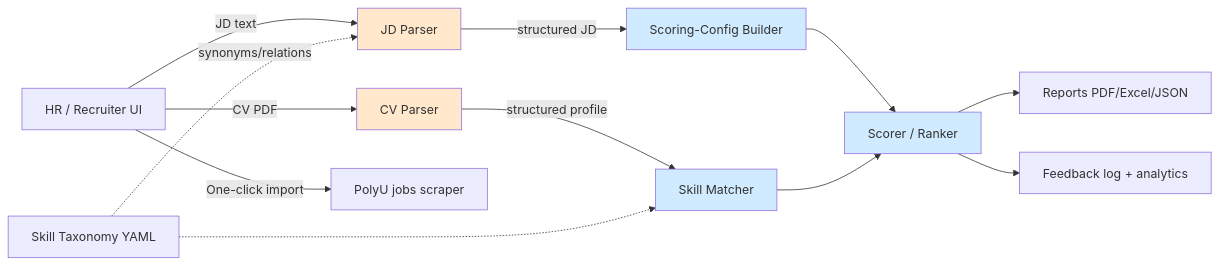
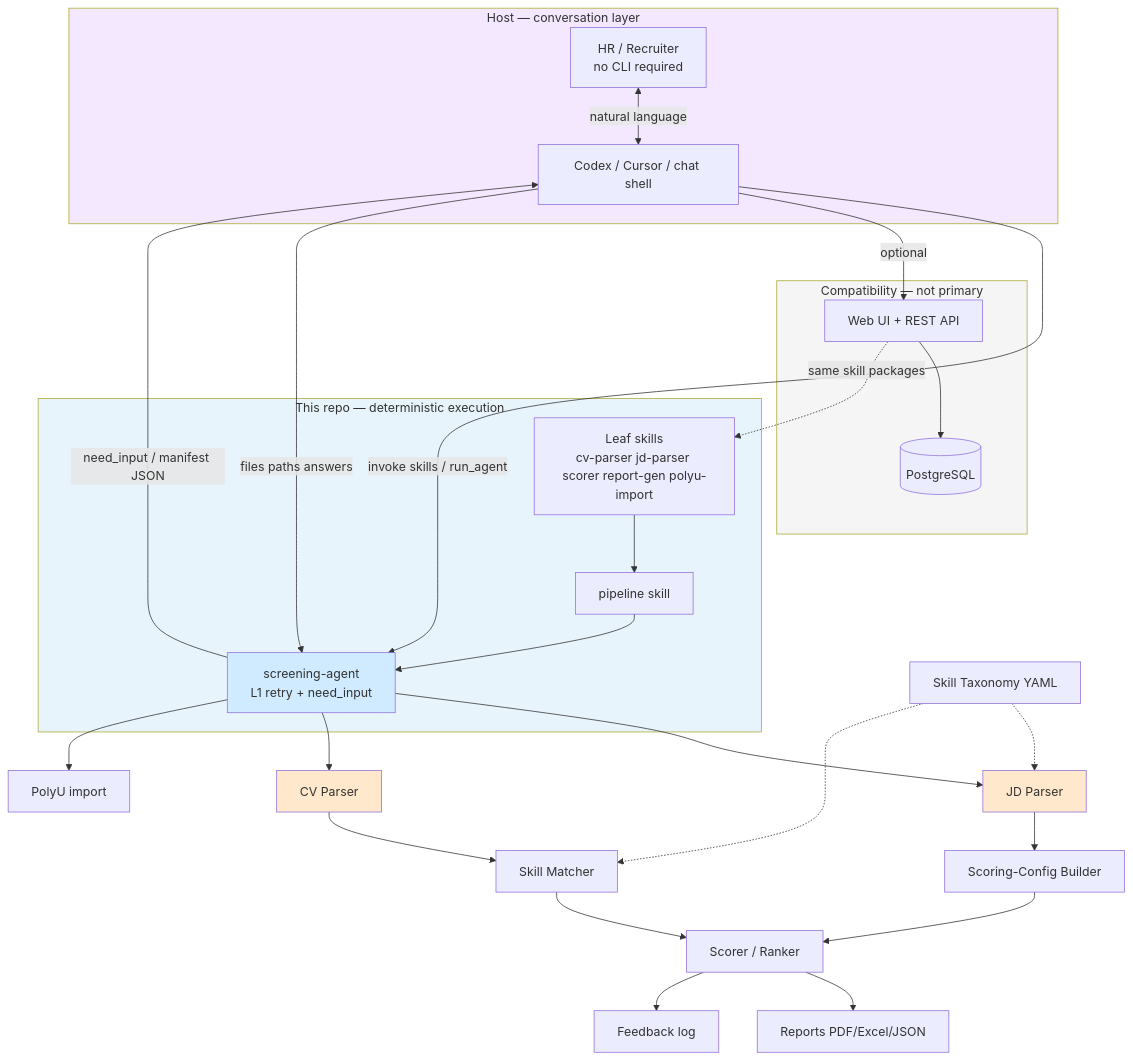
The first of 7 diagrams in docs/overall-logic-summary.md (sagee1125/agent-cv-screening), drawn with Mermaid before and after one commit. The commit also changed other lines of this file and 106 other files, not shown here.

````diff
--- a/docs/overall-logic-summary.md
+++ b/docs/overall-logic-summary.md
@@ -11,19 +22,42 @@
 ```mermaid
-flowchart LR
-    U[HR / Recruiter UI] -->|JD text| J[JD Parser]
-    U -->|CV PDF| C[CV Parser]
-    U -->|"One-click import"| P[PolyU jobs scraper]
-    J -->|"structured JD"| SB[Scoring-Config Builder]
-    C -->|"structured profile"| M[Skill Matcher]
+flowchart TB
+    subgraph host [Host — conversation layer]
+        HR[HR / Recruiter<br/>no CLI required]
+        HST[Codex / Cursor / chat shell]
+        HR <-->|natural language| HST
+    end
+    subgraph embed [This repo — deterministic execution]
+        SK[Leaf skills<br/>cv-parser jd-parser scorer report-gen polyu-import]
+        PIPE[pipeline skill]
+        SA[screening-agent<br/>L1 retry + need_input]
+        SK --> PIPE
+        PIPE --> SA
+    end
+    subgraph compat [Compatibility — not primary]
+        WEB[Web UI + REST API]
+        DB[(PostgreSQL)]
+    end
+    HST -->|invoke skills / run_agent| SA
+    HST -->|optional| WEB
+    WEB --> DB
+    WEB -.->|same skill packages| SK
+    SA --> J[JD Parser]
+    SA --> C[CV Parser]
+    SA --> P[PolyU import]
+    J --> SB[Scoring-Config Builder]
+    C --> M[Skill Matcher]
     SB --> S[Scorer / Ranker]
     M --> S
     S --> R[Reports PDF/Excel/JSON]
-    S --> F[Feedback log + analytics]
-    T[Skill Taxonomy YAML] -.->|synonyms/relations| J
+    S --> F[Feedback log]
+    T[Skill Taxonomy YAML] -.-> J
     T -.-> M
+    SA -->|need_input / manifest JSON| HST
+    HST -->|files paths answers| SA
+    style host fill:#f3e8ff
+    style embed fill:#e8f4fc
+    style compat fill:#f5f5f5
     style J fill:#ffe8cc
     style C fill:#ffe8cc
-    style SB fill:#d0ebff
-    style M fill:#d0ebff
-    style S fill:#d0ebff
+    style SA fill:#d0ebff
 ```
````
